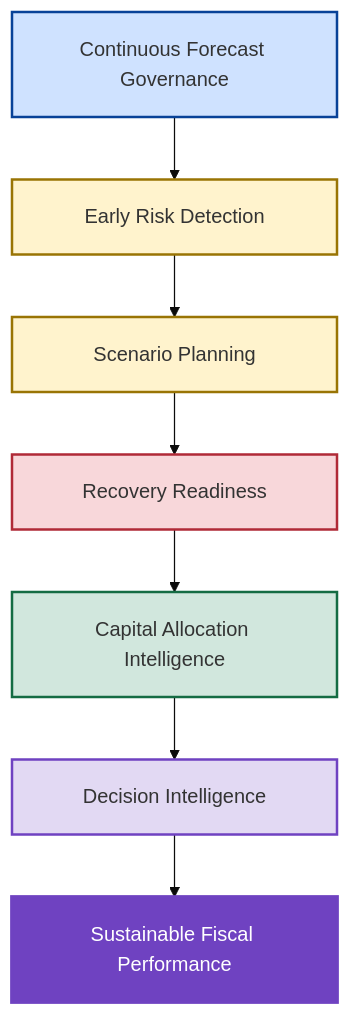
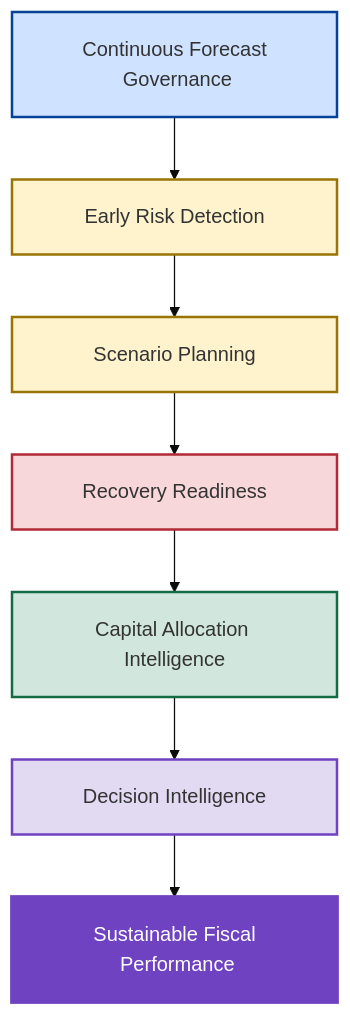
The third of 3 diagrams in 12_Next_Generation_Operating_Model/next-generation-revenue-operating-model.md (AwesomeAnil/newbridge-saas-operating-system), drawn with Mermaid (base theme) before and after one commit. The commit also changed other lines of this file, not shown here.

````diff
--- a/12_Next_Generation_Operating_Model/next-generation-revenue-operating-model.md
+++ b/12_Next_Generation_Operating_Model/next-generation-revenue-operating-model.md
@@ -305,19 +307,19 @@
 ```mermaid
 flowchart TD
 
-A["<table><tr><td width='350' align='center'>Continuous Forecast Governance</td></tr></table>"] --> B["<table><tr><td width='350' align='center'>Early Risk Detection</td></tr></table>"]
+A["<table><tr><td width='350' align='center'>Continuous Forecast<br> Governance</td></tr></table>"] --> B["<table><tr><td width='350' align='center'>Early Risk Detection</td></tr></table>"]
 B --> C["<table><tr><td width='350' align='center'>Scenario Planning</td></tr></table>"]
 C --> D["<table><tr><td width='350' align='center'>Recovery Readiness</td></tr></table>"]
 D --> E["<table><tr><td width='350' align='center'>Capital Allocation Intelligence</td></tr></table>"]
 E --> F["<table><tr><td width='350' align='center'>Decision Intelligence</td></tr></table>"]
-F --> G["<table><tr><td width='350' align='center'>Sustainable Fiscal Performance</td></tr></table>"]
+F --> G["<table><tr><td width='350' align='center'>Sustainable Fiscal<br> Performance</td></tr></table>"]
 
 %% Individual Node Color Overrides
 style A fill:#cfe2ff,stroke:#084298,stroke-width:2px
 style B fill:#fff3cd,stroke:#997404,stroke-width:2px
 style C fill:#fff3cd,stroke:#997404,stroke-width:2px
 style D fill:#f8d7da,stroke:#b02a37,stroke-width:2px
 style E fill:#d1e7dd,stroke:#146c43,stroke-width:2px
 style F fill:#e2d9f3,stroke:#6f42c1,stroke-width:2px
 style G fill:#6f42c1,color:#ffffff,stroke:#6f42c1,stroke-width:3px
 ```
````
